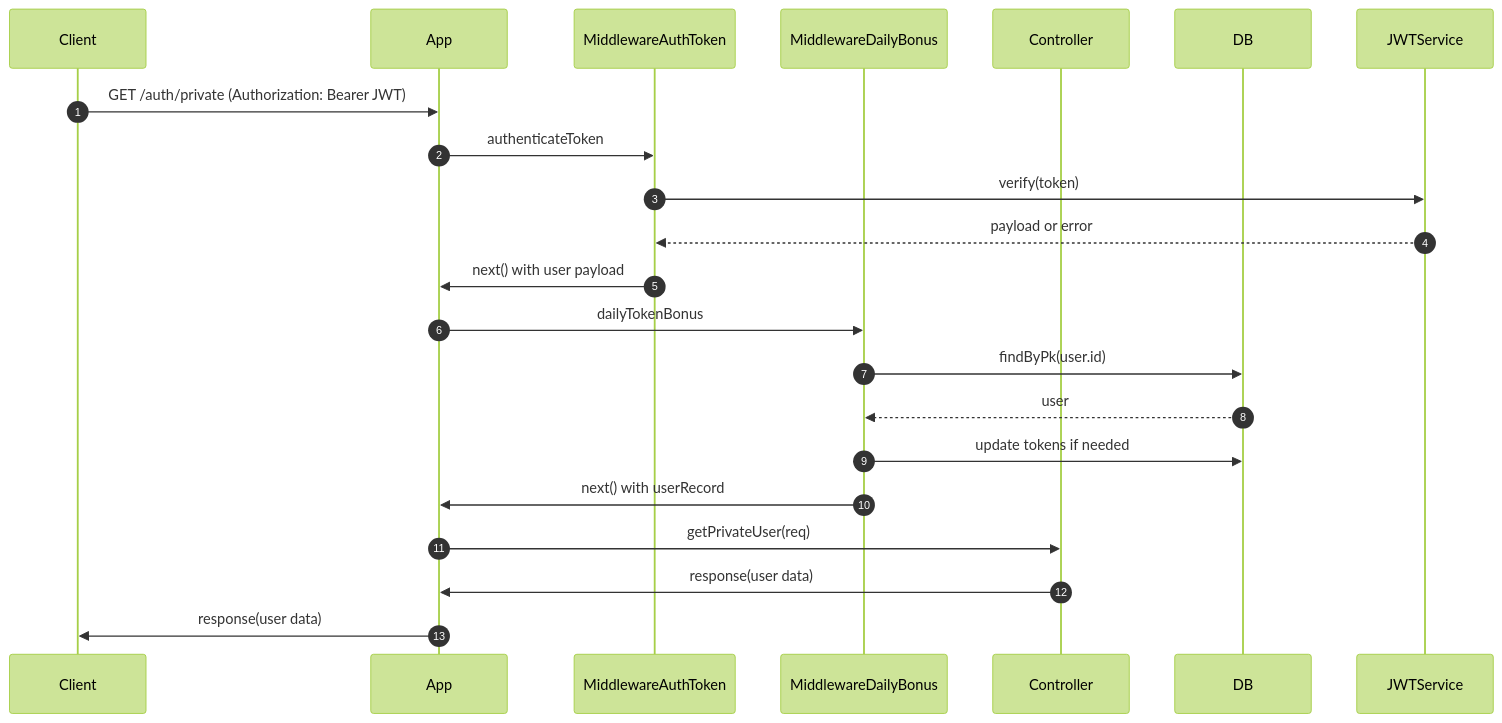
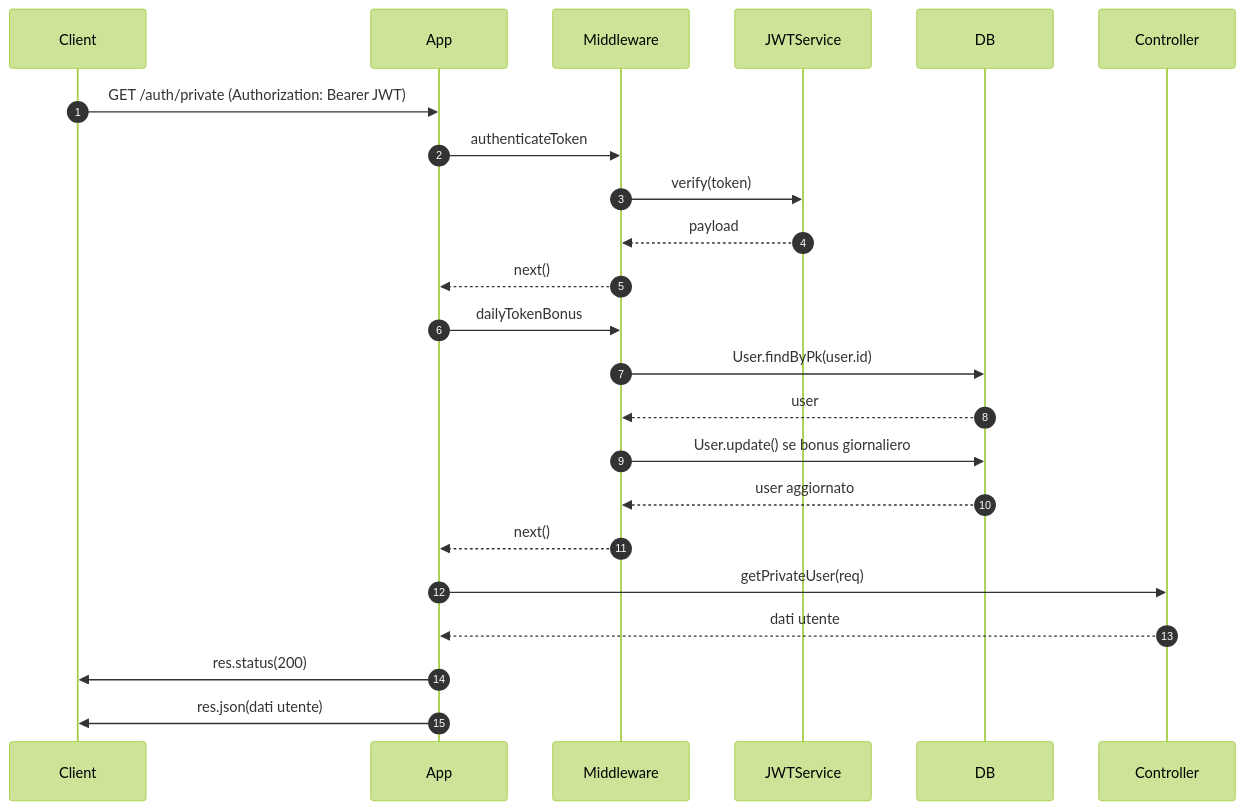
The third of 9 diagrams in README.md (Daniel-Diocis/VoidTracksWeb), drawn with Mermaid (forest theme) before and after one commit. The commit also changed other lines of this file, not shown here.

````diff
--- a/README.md
+++ b/README.md
@@ -272,24 +280,30 @@
 ```mermaid
 sequenceDiagram
   autonumber
   participant Client
   participant App
-  participant MiddlewareAuthToken
-  participant MiddlewareDailyBonus
+  participant Middleware
+  participant JWTService
+  participant DB
   participant Controller
-  participant DB
 
   Client->>App: GET /auth/private (Authorization: Bearer JWT)
-  App->>MiddlewareAuthToken: authenticateToken
-  MiddlewareAuthToken->>JWTService: verify(token)
-  JWTService-->>MiddlewareAuthToken: payload or error
-  MiddlewareAuthToken->>App: next() with user payload
-  App->>MiddlewareDailyBonus: dailyTokenBonus
-  MiddlewareDailyBonus->>DB: findByPk(user.id)
-  DB-->>MiddlewareDailyBonus: user
-  MiddlewareDailyBonus->>DB: update tokens if needed
-  MiddlewareDailyBonus->>App: next() with userRecord
+
+  App->>Middleware: authenticateToken
+  Middleware->>JWTService: verify(token)
+  JWTService-->>Middleware: payload
+  Middleware-->>App: next()
+
+  App->>Middleware: dailyTokenBonus
+  Middleware->>DB: User.findByPk(user.id)
+  DB-->>Middleware: user
+  Middleware->>DB: User.update() se bonus giornaliero
+  DB-->>Middleware: user aggiornato
+  Middleware-->>App: next()
+
   App->>Controller: getPrivateUser(req)
-  Controller->>App: response(user data)
-  App->>Client: response(user data)
+  Controller-->>App: dati utente
+
+  App->>Client: res.status(200)
+  App->>Client: res.json(dati utente)
 ```
````
